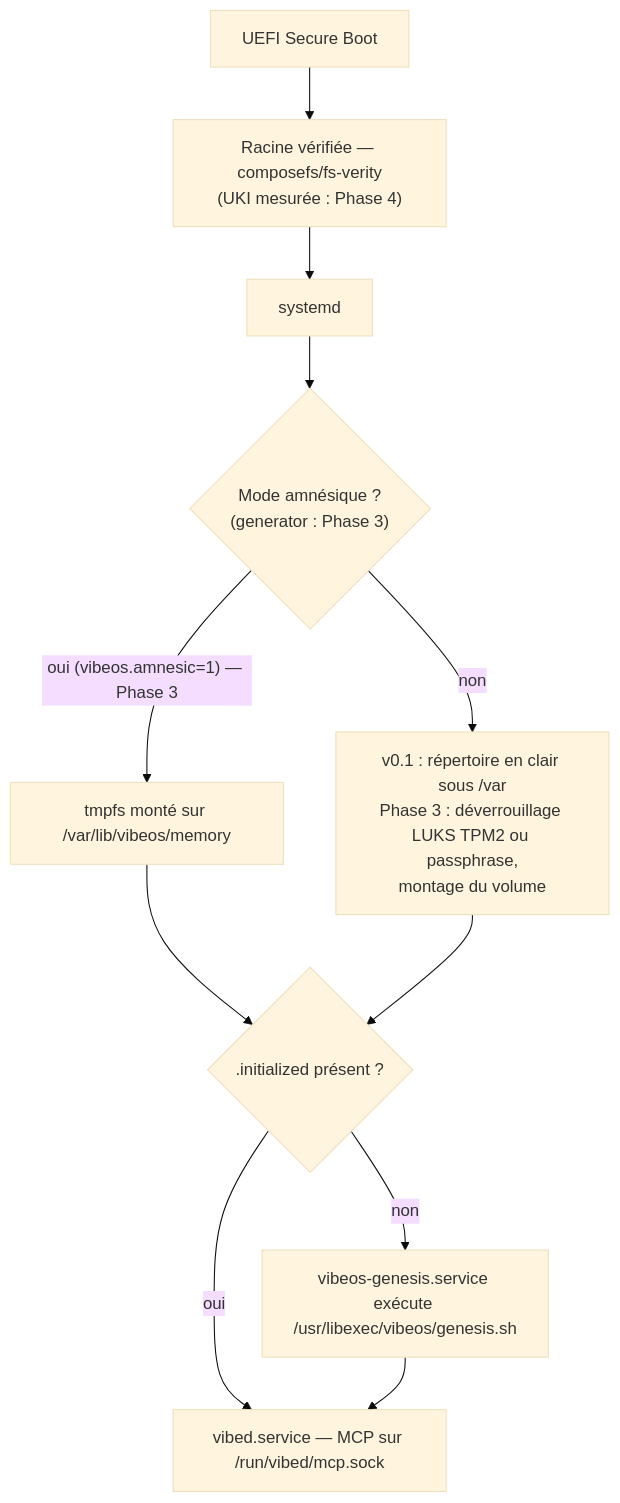
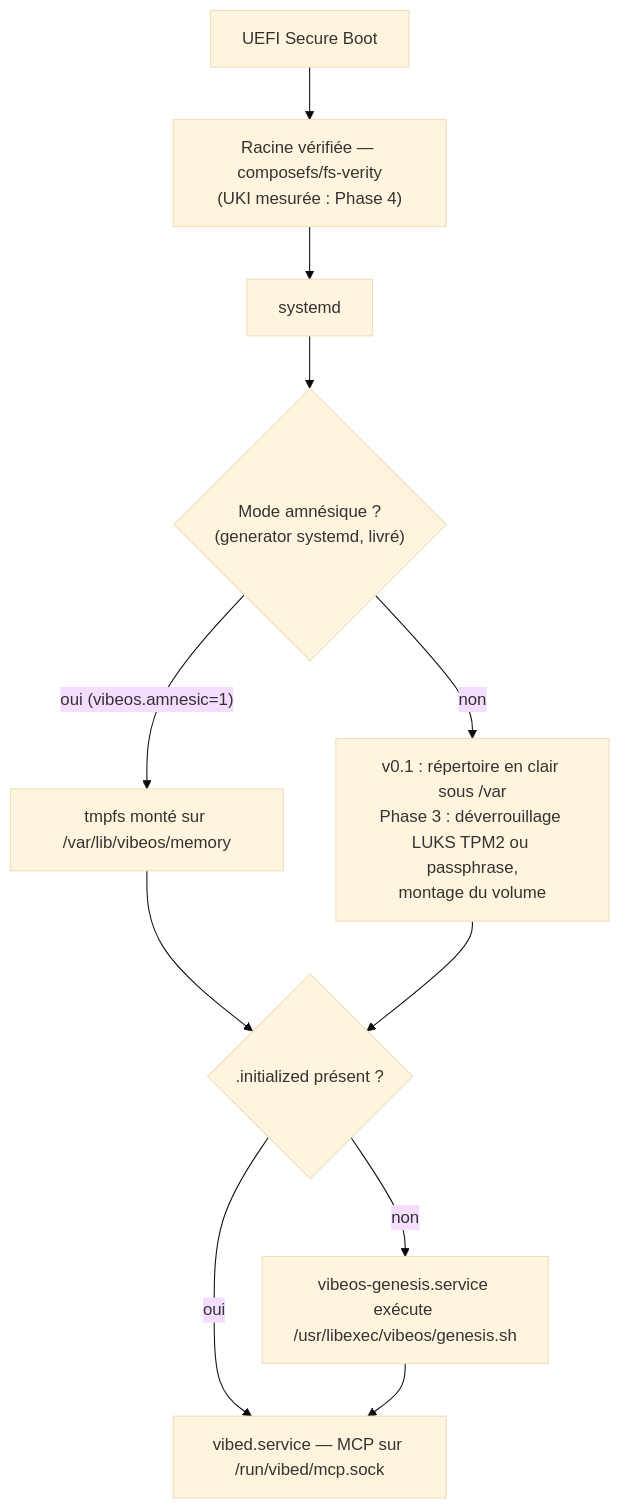
The diagram in docs/MEMORY.md (Micka420-collab/vibeos), drawn with Mermaid (base theme) before and after one commit. The commit also changed other lines of this file and 3 other files, not shown here.

First line of the commit message:
feat(memory): générateur systemd du mode amnésique (vibeos.amnesic=1)

````diff
--- a/docs/MEMORY.md
+++ b/docs/MEMORY.md
@@ -42,13 +42,13 @@
 ```mermaid
 flowchart TD
     A[UEFI Secure Boot] --> B["Racine vérifiée — composefs/fs-verity<br/>(UKI mesurée : Phase 4)"]
     B --> C[systemd]
-    C --> D{"Mode amnésique ?<br/>(generator : Phase 3)"}
-    D -- "oui (vibeos.amnesic=1) — Phase 3" --> E[tmpfs monté sur /var/lib/vibeos/memory]
+    C --> D{"Mode amnésique ?<br/>(generator systemd, livré)"}
+    D -- "oui (vibeos.amnesic=1)" --> E[tmpfs monté sur /var/lib/vibeos/memory]
     D -- non --> F["v0.1 : répertoire en clair sous /var<br/>Phase 3 : déverrouillage LUKS TPM2 ou passphrase,<br/>montage du volume"]
     E --> G{.initialized présent ?}
     F --> G
     G -- non --> H[vibeos-genesis.service exécute /usr/libexec/vibeos/genesis.sh]
     G -- oui --> I[vibed.service — MCP sur /run/vibed/mcp.sock]
     H --> I
 ```
````
